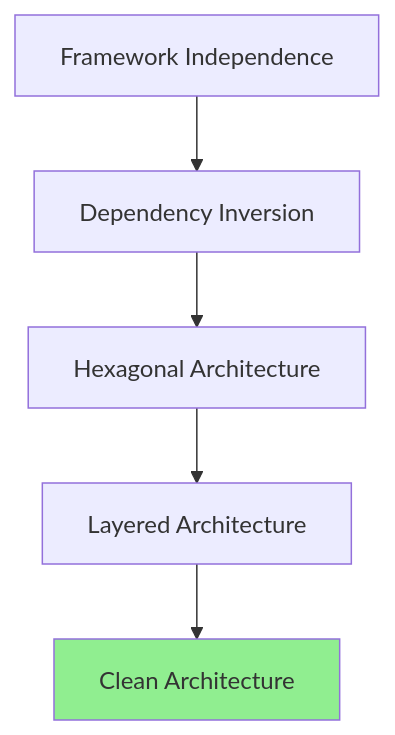
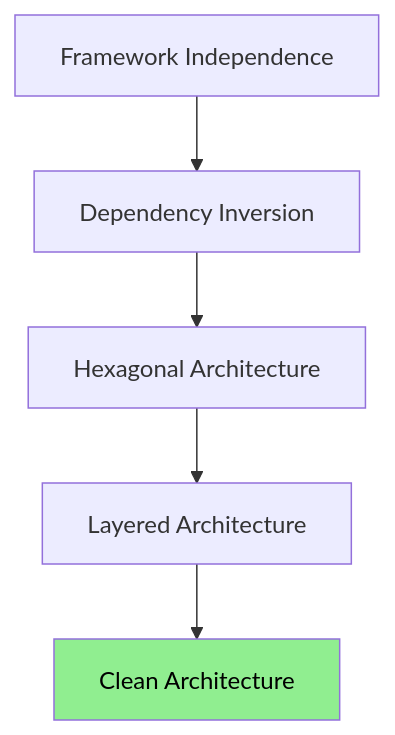
Before and after one commit to jclemente-tlm/tlm-doc-architecture: the diagram in docs/fundamentos-corporativos/estandares/arquitectura/clean-architecture.md, drawn with Mermaid. The commit also changed 21 other files, not shown here.

````diff
--- a/docs/fundamentos-corporativos/estandares/arquitectura/clean-architecture.md
+++ b/docs/fundamentos-corporativos/estandares/arquitectura/clean-architecture.md
@@ -38,9 +38,9 @@
 ```mermaid
 graph TB
     A[Framework Independence] --> B[Dependency Inversion]
     B --> C[Hexagonal Architecture]
     C --> D[Layered Architecture]
     D --> E[Clean Architecture]
 
-    style E fill:#90EE90
+    style E fill:#90EE90,color:#000000
 ```
````
